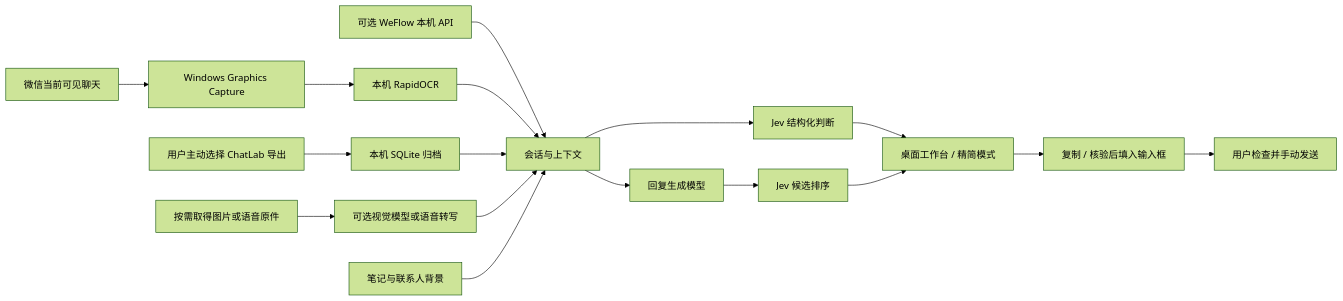
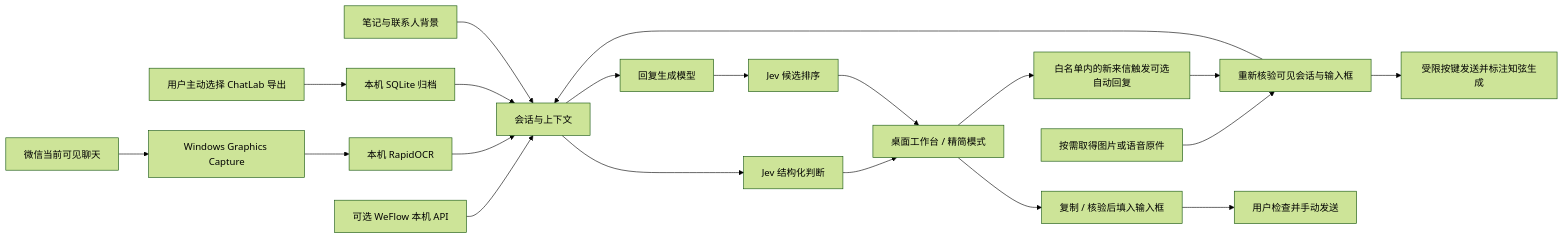
Before and after one commit to DiscoveryH2/zhixian-wechat: the diagram in README.md, drawn with Mermaid (forest theme). The commit also changed other lines of this file and 24 other files, not shown here.

````diff
--- a/README.md
+++ b/README.md
@@ -123,19 +129,22 @@
 ```mermaid
 flowchart LR
     W[微信当前可见聊天] --> C[Windows Graphics Capture]
     C --> O[本机 RapidOCR]
     F[可选 WeFlow 本机 API] --> S[会话与上下文]
     O --> S
     I[用户主动选择 ChatLab 导出] --> D[本机 SQLite 归档]
     D --> S
     M[按需取得图片或语音原件] --> V[可选视觉模型或语音转写]
     V --> S
     N[笔记与联系人背景] --> S
     S --> J[Jev 结构化判断]
     S --> G[回复生成模型]
     G --> R[Jev 候选排序]
     J --> U[桌面工作台 / 精简模式]
     R --> U
     U --> P[复制 / 核验后填入输入框]
     P --> H[用户检查并手动发送]
+    U --> A[白名单内的新来信触发可选自动回复]
+    A --> V[重新核验可见会话与输入框]
+    V --> X[受限按键发送并标注知弦生成]
 ```
````
